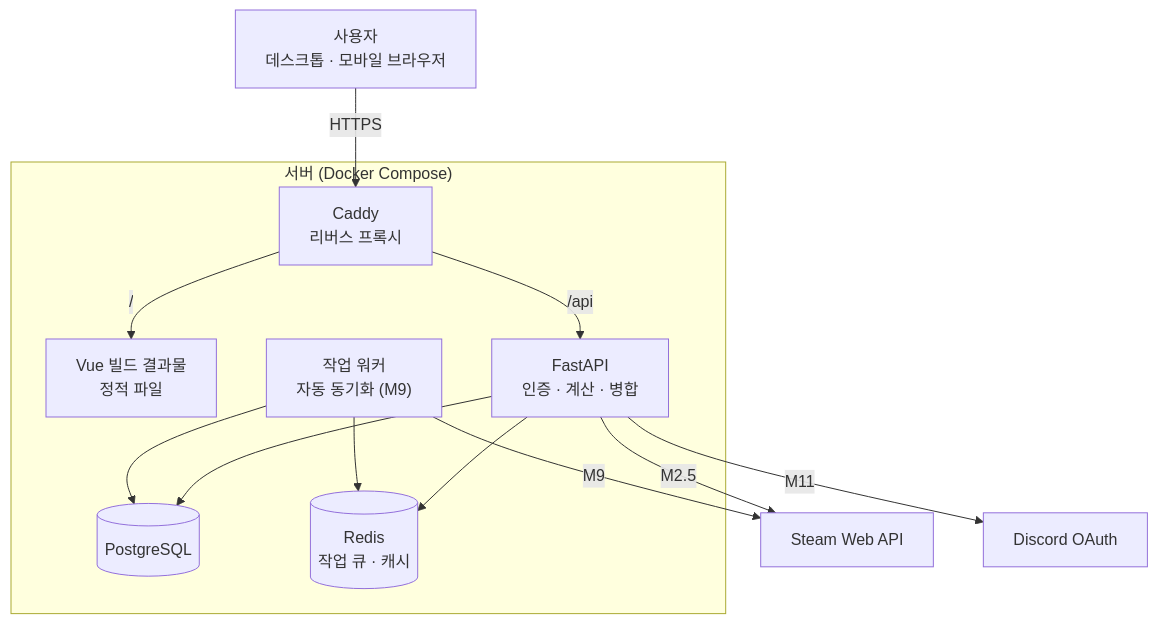
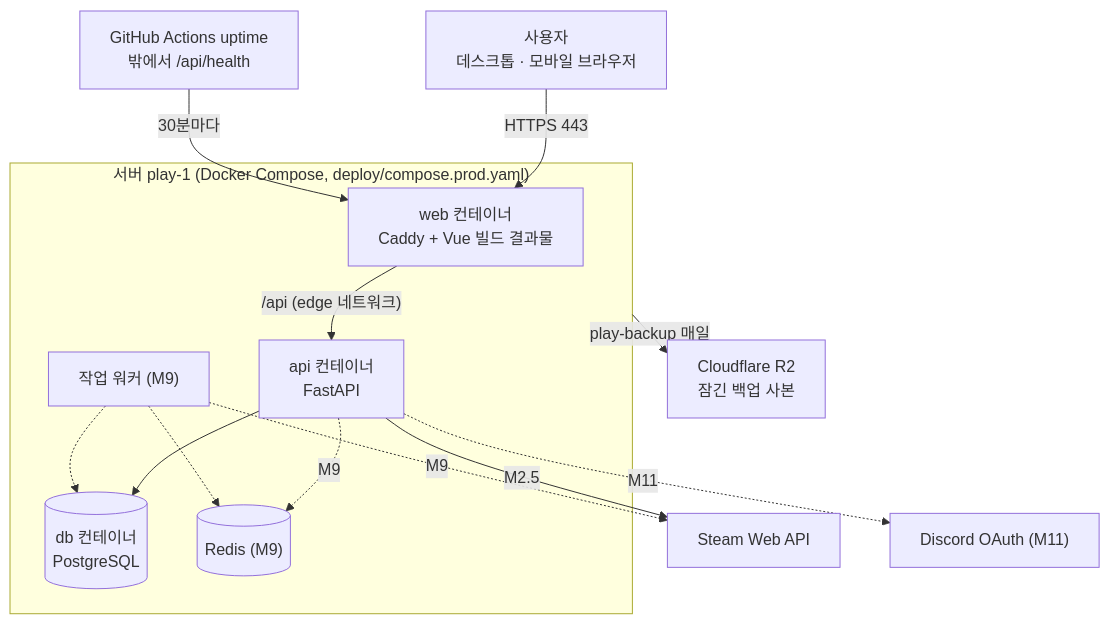
Before and after one commit to sagming40/PlayLedger: the first of 9 diagrams in docs/ARCHITECTURE.md, drawn with Mermaid. The commit also changed other lines of this file and 8 other files, not shown here.

````diff
--- a/docs/ARCHITECTURE.md
+++ b/docs/ARCHITECTURE.md
@@ -12,27 +12,29 @@
 ```mermaid
 flowchart TB
     User["사용자<br/>데스크톱 · 모바일 브라우저"]
 
-    subgraph Host["서버 (Docker Compose)"]
-        Caddy["Caddy<br/>리버스 프록시"]
-        Web["Vue 빌드 결과물<br/>정적 파일"]
-        API["FastAPI<br/>인증 · 계산 · 병합"]
-        Worker["작업 워커<br/>자동 동기화 (M9)"]
-        DB[("PostgreSQL")]
-        Redis[("Redis<br/>작업 큐 · 캐시")]
+    subgraph Host["서버 play-1 (Docker Compose, deploy/compose.prod.yaml)"]
+        Web["web 컨테이너<br/>Caddy + Vue 빌드 결과물"]
+        API["api 컨테이너<br/>FastAPI"]
+        DB[("db 컨테이너<br/>PostgreSQL")]
+        Worker["작업 워커 (M9)"]
+        Redis[("Redis (M9)")]
     end
 
     Steam["Steam Web API"]
-    Discord["Discord OAuth"]
+    Discord["Discord OAuth (M11)"]
+    R2["Cloudflare R2<br/>잠긴 백업 사본"]
+    Uptime["GitHub Actions uptime<br/>밖에서 /api/health"]
 
-    User -->|"HTTPS"| Caddy
-    Caddy -->|"/"| Web
-    Caddy -->|"/api"| API
+    User -->|"HTTPS 443"| Web
+    Web -->|"/api (edge 네트워크)"| API
     API --> DB
-    API --> Redis
-    Worker --> Redis
-    Worker --> DB
+    API -.->|"M9"| Redis
+    Worker -.-> Redis
+    Worker -.-> DB
     API -->|"M2.5"| Steam
-    Worker -->|"M9"| Steam
-    API -->|"M11"| Discord
+    Worker -.->|"M9"| Steam
+    API -.->|"M11"| Discord
+    Host -->|"play-backup 매일"| R2
+    Uptime -->|"30분마다"| Web
 ```
````
